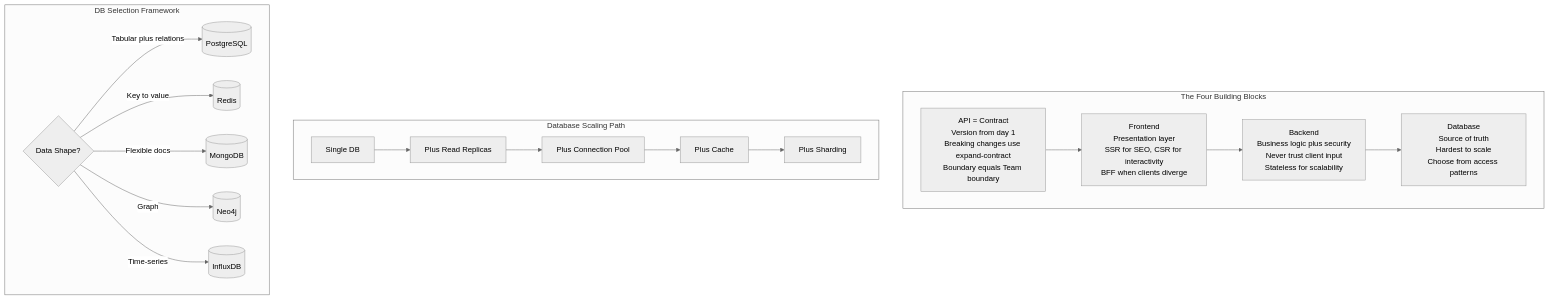
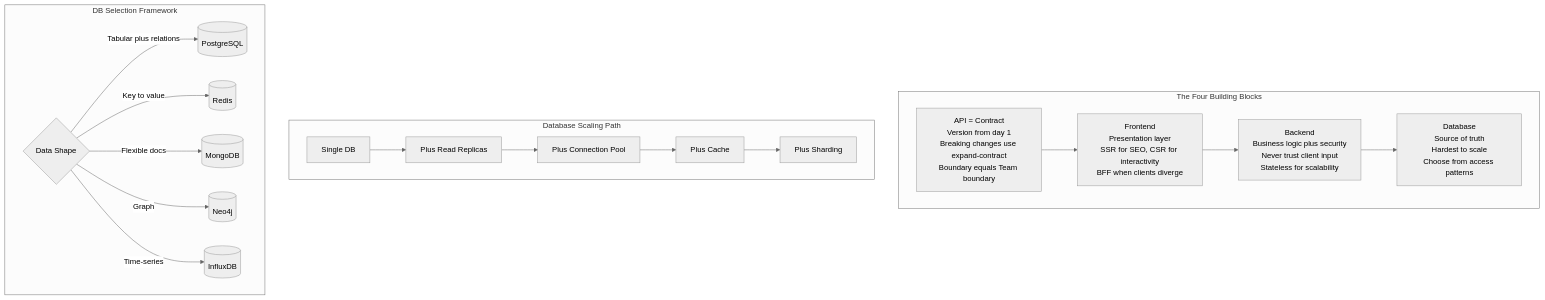
Diagram 15 of 17 in Section0/Chapter_2_APIs_Frontend_Backend_DB.md (ranjeetnegi/System-Design-for-Staff-SWE), drawn with Mermaid (neutral theme) before and after one commit. The commit also changed other lines of this file and 11 other files, not shown here.

````diff
--- a/Section0/Chapter_2_APIs_Frontend_Backend_DB.md
+++ b/Section0/Chapter_2_APIs_Frontend_Backend_DB.md
@@ -1626,28 +1626,28 @@
 ```mermaid
 flowchart TD
     subgraph Building_Blocks ["The Four Building Blocks"]
         API["API = Contract\nVersion from day 1\nBreaking changes use expand-contract\nBoundary equals Team boundary"]
         FE["Frontend\nPresentation layer\nSSR for SEO, CSR for interactivity\nBFF when clients diverge"]
         BE["Backend\nBusiness logic plus security\nNever trust client input\nStateless for scalability"]
         DB["Database\nSource of truth\nHardest to scale\nChoose from access patterns"]
     end
 
     API --> FE
     FE --> BE
     BE --> DB
 
     subgraph Scaling_Path ["Database Scaling Path"]
         D1[Single DB] --> D2[Plus Read Replicas]
         D2 --> D3[Plus Connection Pool]
         D3 --> D4[Plus Cache]
         D4 --> D5[Plus Sharding]
     end
 
     subgraph DB_Selection ["DB Selection Framework"]
-        P1{Data Shape?} -->|Tabular plus relations| SQL[(PostgreSQL)]
+        P1{Data Shape } -->|Tabular plus relations| SQL[(PostgreSQL)]
         P1 -->|Key to value| KV[(Redis)]
         P1 -->|Flexible docs| Doc[(MongoDB)]
         P1 -->|Graph| Graph[(Neo4j)]
         P1 -->|Time-series| TS[(InfluxDB)]
     end
 ```
````
